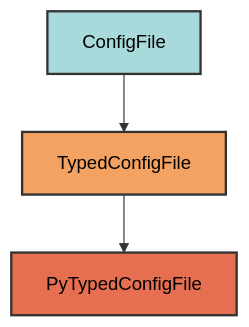
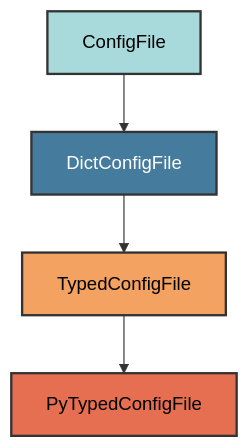
Before and after one commit to Winipedia/pyrig: the diagram in docs/configs/py_typed.md, drawn with Mermaid. The commit also changed other lines of this file and 21 other files, not shown here.

````diff
--- a/docs/configs/py_typed.md
+++ b/docs/configs/py_typed.md
@@ -18,9 +18,11 @@
 ```mermaid
 graph TD
-    A[ConfigFile] --> B[TypedConfigFile]
-    B --> C[PyTypedConfigFile]
+    A[ConfigFile] --> B[DictConfigFile]
+    B --> C[TypedConfigFile]
+    C --> D[PyTypedConfigFile]
 
     style A fill:#a8dadc,stroke:#333,stroke-width:2px,color:#000
-    style B fill:#f4a261,stroke:#333,stroke-width:2px,color:#000
-    style C fill:#e76f51,stroke:#333,stroke-width:2px,color:#000
+    style B fill:#457b9d,stroke:#333,stroke-width:2px,color:#fff
+    style C fill:#f4a261,stroke:#333,stroke-width:2px,color:#000
+    style D fill:#e76f51,stroke:#333,stroke-width:2px,color:#000
 ```
````
